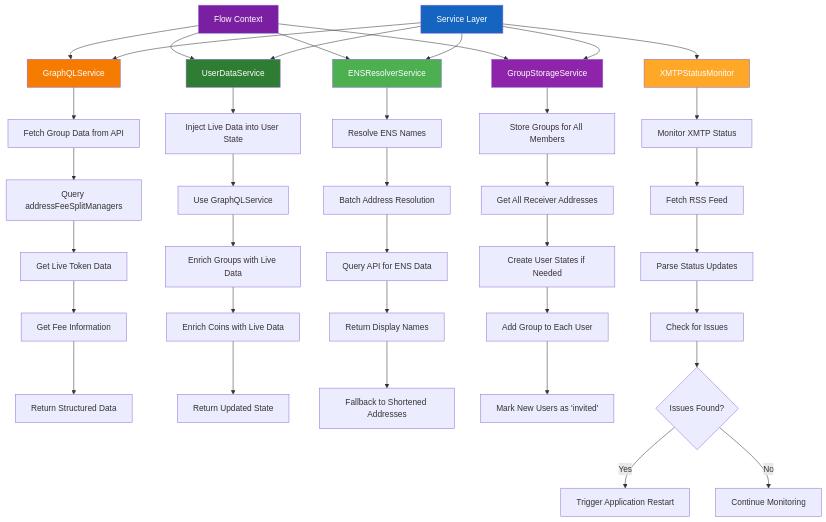
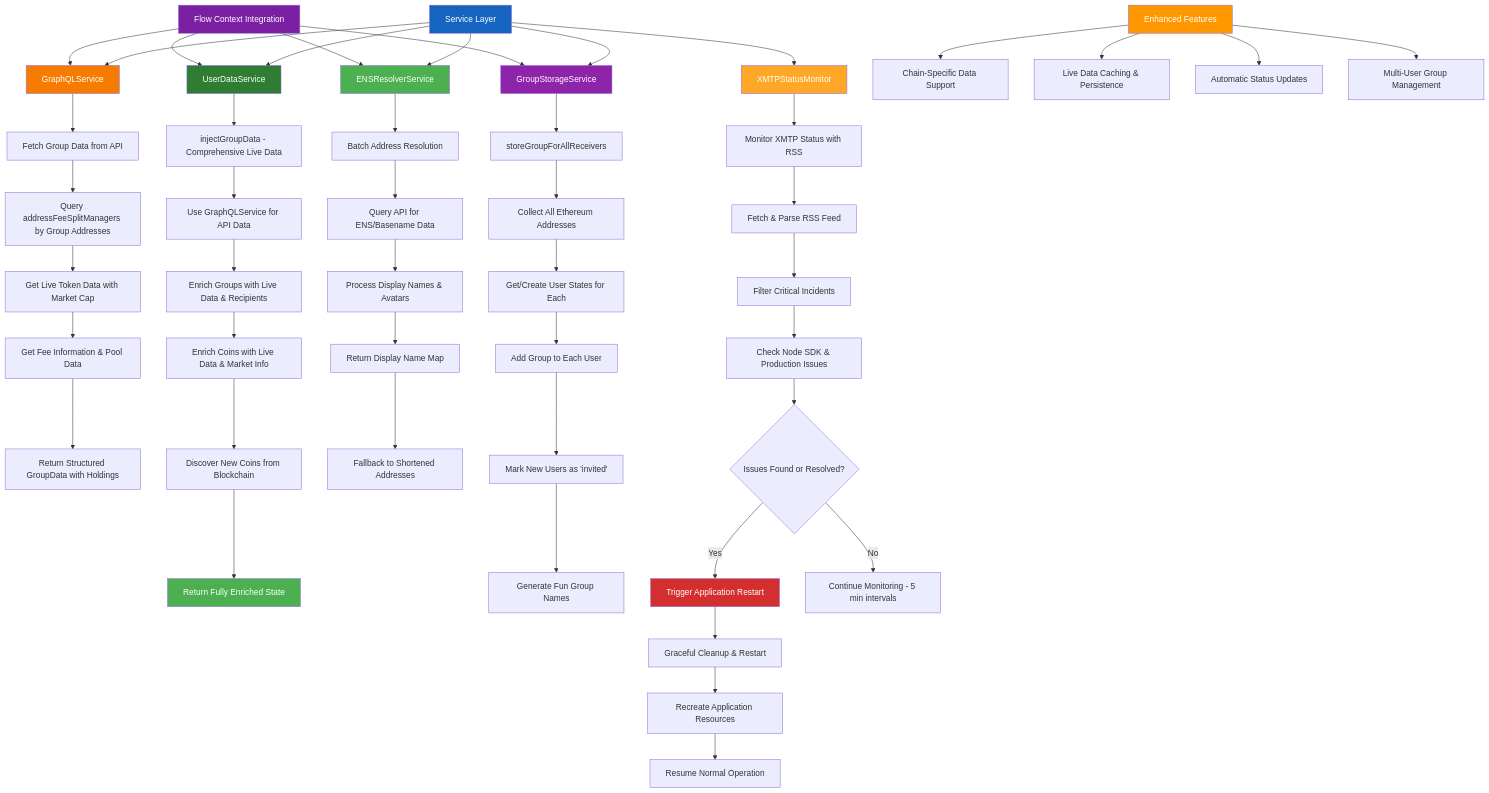
One commit to flayerlabs/xmtp-flaunchy changed the ninth of 13 diagrams in SYSTEM_ARCHITECTURE.md. Above: the diagram before and after it, drawn with Mermaid. The commit also changed other lines of this file and 3 other files, not shown here.

````diff
--- a/SYSTEM_ARCHITECTURE.md
+++ b/SYSTEM_ARCHITECTURE.md
@@ -576,53 +650,67 @@
 ```mermaid
 graph TD
     A[Service Layer] --> B[GraphQLService]
     A --> C[UserDataService]
     A --> D[ENSResolverService]
     A --> E[GroupStorageService]
     A --> F[XMTPStatusMonitor]
 
     B --> G[Fetch Group Data from API]
-    G --> H[Query addressFeeSplitManagers]
-    H --> I[Get Live Token Data]
-    I --> J[Get Fee Information]
-    J --> K[Return Structured Data]
+    G --> H[Query addressFeeSplitManagers by Group Addresses]
+    H --> I[Get Live Token Data with Market Cap]
+    I --> J[Get Fee Information & Pool Data]
+    J --> K[Return Structured GroupData with Holdings]
 
-    C --> L[Inject Live Data into User State]
-    L --> M[Use GraphQLService]
-    M --> N[Enrich Groups with Live Data]
-    N --> O[Enrich Coins with Live Data]
-    O --> P[Return Updated State]
+    C --> L[injectGroupData - Comprehensive Live Data]
+    L --> M[Use GraphQLService for API Data]
+    M --> N[Enrich Groups with Live Data & Recipients]
+    N --> O[Enrich Coins with Live Data & Market Info]
+    O --> P[Discover New Coins from Blockchain]
+    P --> Q[Return Fully Enriched State]
 
-    D --> Q[Resolve ENS Names]
-    Q --> R[Batch Address Resolution]
-    R --> S[Query API for ENS Data]
-    S --> T[Return Display Names]
-    T --> U[Fallback to Shortened Addresses]
+    D --> R[Batch Address Resolution]
+    R --> S[Query API for ENS/Basename Data]
+    S --> T[Process Display Names & Avatars]
+    T --> U[Return Display Name Map]
+    U --> V[Fallback to Shortened Addresses]
 
-    E --> V[Store Groups for All Members]
-    V --> W[Get All Receiver Addresses]
-    W --> X[Create User States if Needed]
-    X --> Y[Add Group to Each User]
-    Y --> Z[Mark New Users as 'invited']
+    E --> W[storeGroupForAllReceivers]
+    W --> X[Collect All Ethereum Addresses]
+    X --> Y[Get/Create User States for Each]
+    Y --> Z[Add Group to Each User]
+    Z --> AA[Mark New Users as 'invited']
+    AA --> BB[Generate Fun Group Names]
 
-    F --> AA[Monitor XMTP Status]
-    AA --> BB[Fetch RSS Feed]
-    BB --> CC[Parse Status Updates]
-    CC --> DD[Check for Issues]
-    DD --> EE{Issues Found?}
-    EE -->|Yes| FF[Trigger Application Restart]
-    EE -->|No| GG[Continue Monitoring]
+    F --> CC[Monitor XMTP Status with RSS]
+    CC --> DD[Fetch & Parse RSS Feed]
+    DD --> EE[Filter Critical Incidents]
+    EE --> FF[Check Node SDK & Production Issues]
+    FF --> GG{Issues Found or Resolved?}
+    GG -->|Yes| HH[Trigger Application Restart]
+    GG -->|No| II[Continue Monitoring - 5 min intervals]
 
-    HH[Flow Context] --> B
-    HH --> C
-    HH --> D
-    HH --> E
+    HH --> JJ[Graceful Cleanup & Restart]
+    JJ --> KK[Recreate Application Resources]
+    KK --> LL[Resume Normal Operation]
+
+    MM[Flow Context Integration] --> B
+    MM --> C
+    MM --> D
+    MM --> E
+
+    NN[Enhanced Features] --> OO[Chain-Specific Data Support]
+    NN --> PP[Live Data Caching & Persistence]
+    NN --> QQ[Automatic Status Updates]
+    NN --> RR[Multi-User Group Management]
 
     style A fill:#1565C0,color:#ffffff
-    style HH fill:#7B1FA2,color:#ffffff
+    style MM fill:#7B1FA2,color:#ffffff
     style B fill:#F57C00,color:#ffffff
     style C fill:#2E7D32,color:#ffffff
     style D fill:#4CAF50,color:#ffffff
     style E fill:#8E24AA,color:#ffffff
     style F fill:#FFA726,color:#ffffff
+    style NN fill:#FF9800,color:#ffffff
+    style HH fill:#D32F2F,color:#ffffff
+    style Q fill:#4CAF50,color:#ffffff
 ```
````
